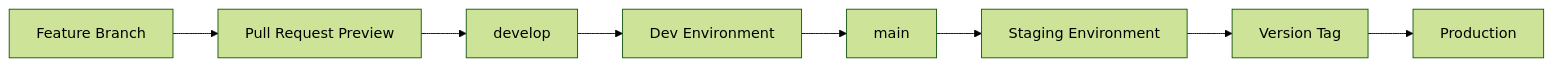
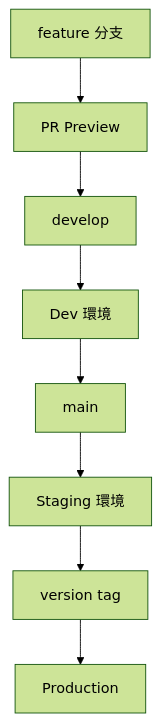
Before and after one commit to HaoweiChan/HaoweiChan.github.io: the first of 2 diagrams in src/content/blog/zh-tw/dev-staging-prod-environments.md, drawn with Mermaid (forest theme). The commit also changed other lines of this file and 7 other files, not shown here.

First line of the commit message:
refactor(blog): narrow every diagram to fit the column, drop a duplicate

````diff
--- a/src/content/blog/zh-tw/dev-staging-prod-environments.md
+++ b/src/content/blog/zh-tw/dev-staging-prod-environments.md
@@ -30,10 +30,10 @@
 ```mermaid
-flowchart LR
-  F["Feature Branch"] --> P["Pull Request Preview"]
+flowchart TD
+  F["feature 分支"] --> P["PR Preview"]
   P --> D["develop"]
-  D --> DEV["Dev Environment"]
+  D --> DEV["Dev 環境"]
   DEV --> M["main"]
-  M --> STG["Staging Environment"]
-  STG --> T["Version Tag"]
+  M --> STG["Staging 環境"]
+  STG --> T["version tag"]
   T --> PROD["Production"]
 ```
````
